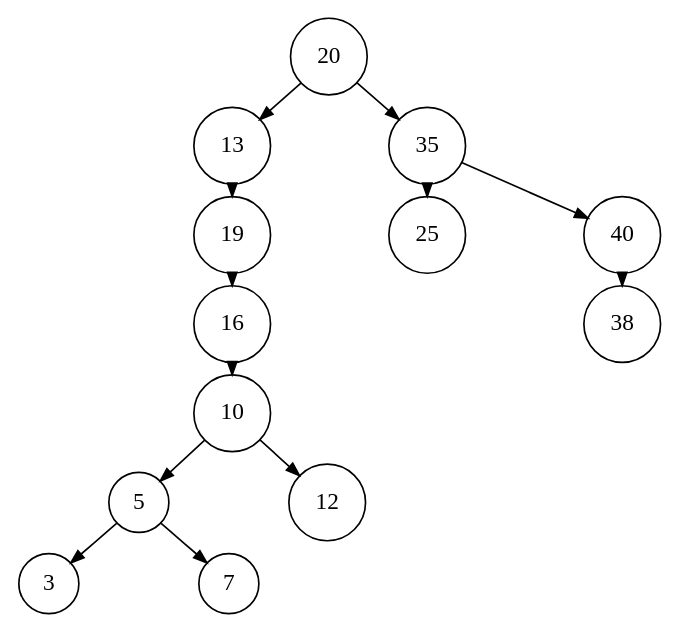
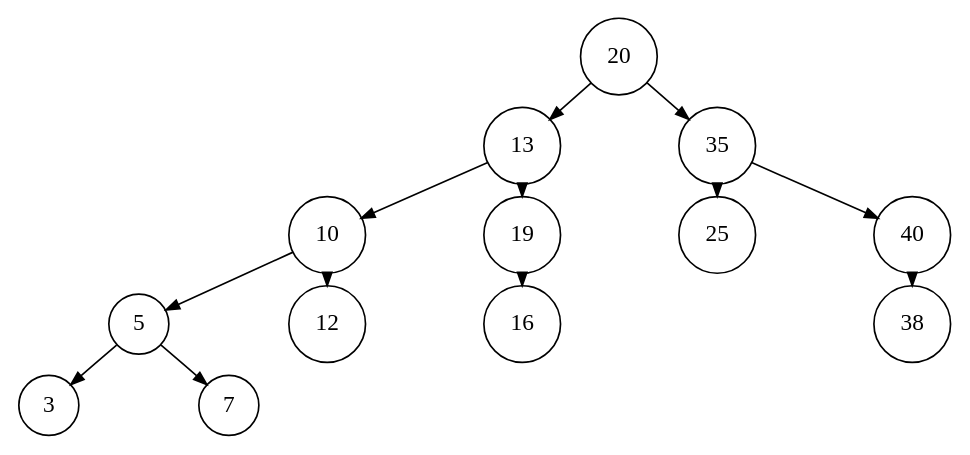
Before and after one commit to fletchto99/CSI2110: the diagram in Assignments/Assignment 2/BT1E2.gv, drawn with Graphviz. The commit also changed 2 other files, not shown here.

Commit message:
Graphs for 1E1 and 1E2

```diff
--- a/Assignments/Assignment 2/BT1E2.gv
+++ b/Assignments/Assignment 2/BT1E2.gv
@@ -1,20 +1,20 @@
 digraph BST1d {
     nodesep=1;
     ranksep=0.1;
     margin=0;
     graph [ordering="out"]
     node [shape=circle];
     edge [arrowsize=0.8];
     20 -> 13;
     20 -> 35;
-    16 -> 10;
+    13 -> 10;
     13 -> 19;
     35 -> 25;
     35 -> 40;
     10 -> 5;
     10 -> 12;
     19 -> 16 [side="left"];
     40 -> 38 [side="left"];
     5 -> 3;
     5 -> 7;
 }
```
